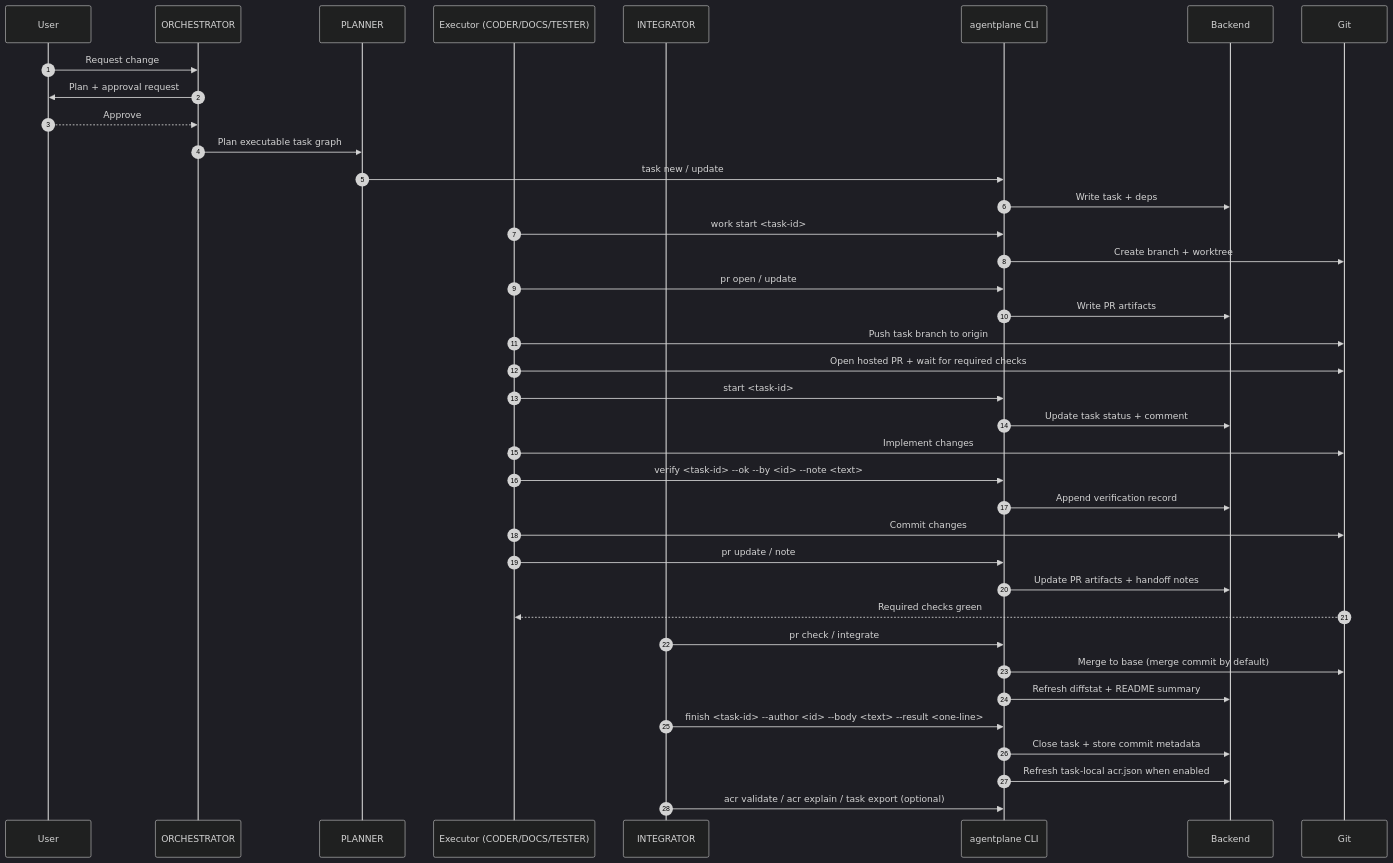
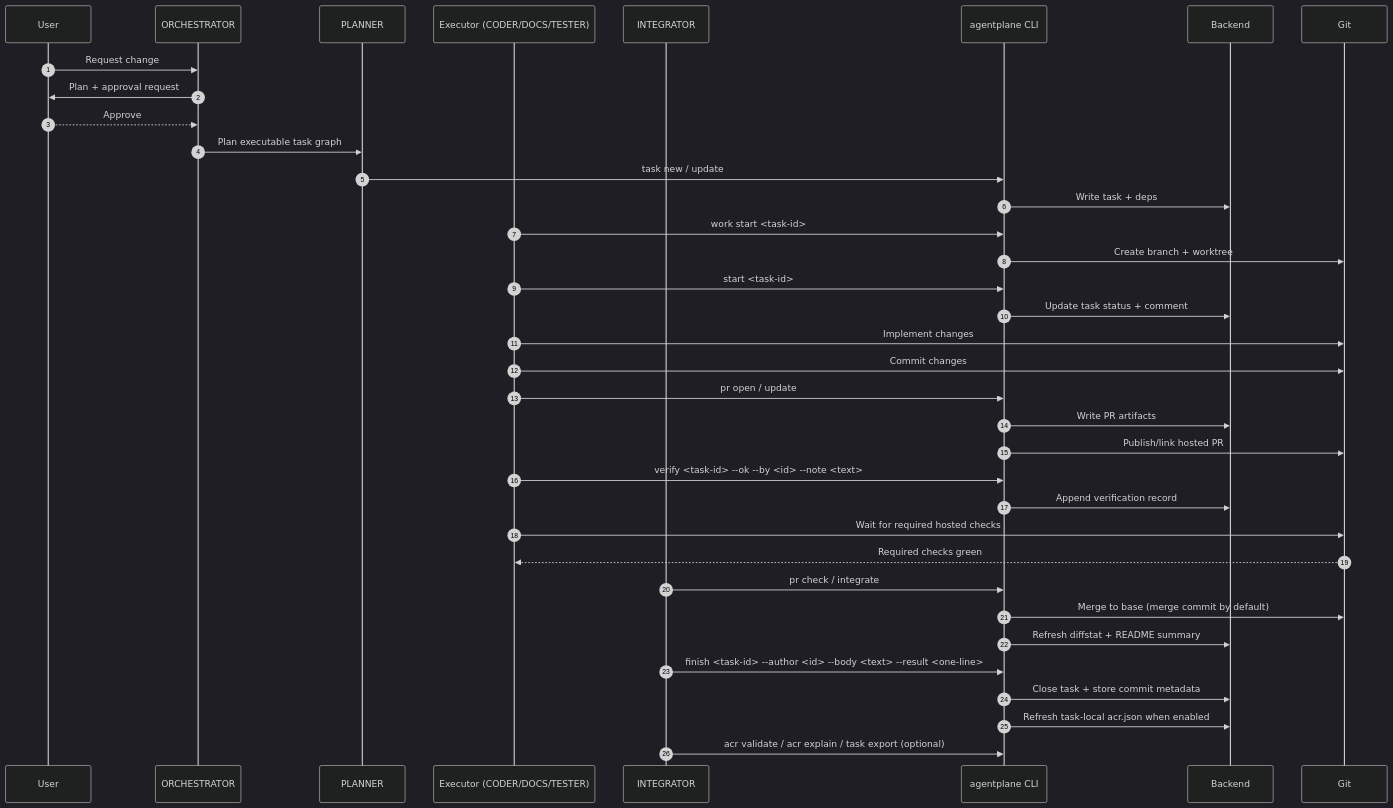
One commit to basilisk-labs/agentplane changed the third of 3 diagrams in docs/user/task-lifecycle.mdx. Above: the diagram before and after it, drawn with Mermaid (dark theme). The commit also changed other lines of this file and 14 other files, not shown here.

````diff
--- a/docs/user/task-lifecycle.mdx
+++ b/docs/user/task-lifecycle.mdx
@@ -162,41 +164,39 @@
 ```mermaid
 sequenceDiagram
   autonumber
   participant U as User
   participant O as ORCHESTRATOR
   participant P as PLANNER
   participant E as Executor (CODER/DOCS/TESTER)
   participant I as INTEGRATOR
   participant CLI as agentplane CLI
   participant B as Backend
   participant G as Git
 
   U->>O: Request change
   O->>U: Plan + approval request
   U-->>O: Approve
   O->>P: Plan executable task graph
   P->>CLI: task new / update
   CLI->>B: Write task + deps
   E->>CLI: work start <task-id>
   CLI->>G: Create branch + worktree
-  E->>CLI: pr open / update
-  CLI->>B: Write PR artifacts
-  E->>G: Push task branch to origin
-  E->>G: Open hosted PR + wait for required checks
   E->>CLI: start <task-id>
   CLI->>B: Update task status + comment
   E->>G: Implement changes
+  E->>G: Commit changes
+  E->>CLI: pr open / update
+  CLI->>B: Write PR artifacts
+  CLI->>G: Publish/link hosted PR
   E->>CLI: verify <task-id> --ok --by <id> --note <text>
   CLI->>B: Append verification record
-  E->>G: Commit changes
-  E->>CLI: pr update / note
-  CLI->>B: Update PR artifacts + handoff notes
+  E->>G: Wait for required hosted checks
   G-->>E: Required checks green
   I->>CLI: pr check / integrate
   CLI->>G: Merge to base (merge commit by default)
   CLI->>B: Refresh diffstat + README summary
   I->>CLI: finish <task-id> --author <id> --body <text> --result <one-line>
   CLI->>B: Close task + store commit metadata
   CLI->>B: Refresh task-local acr.json when enabled
   I->>CLI: acr validate / acr explain / task export (optional)
 ```
````
